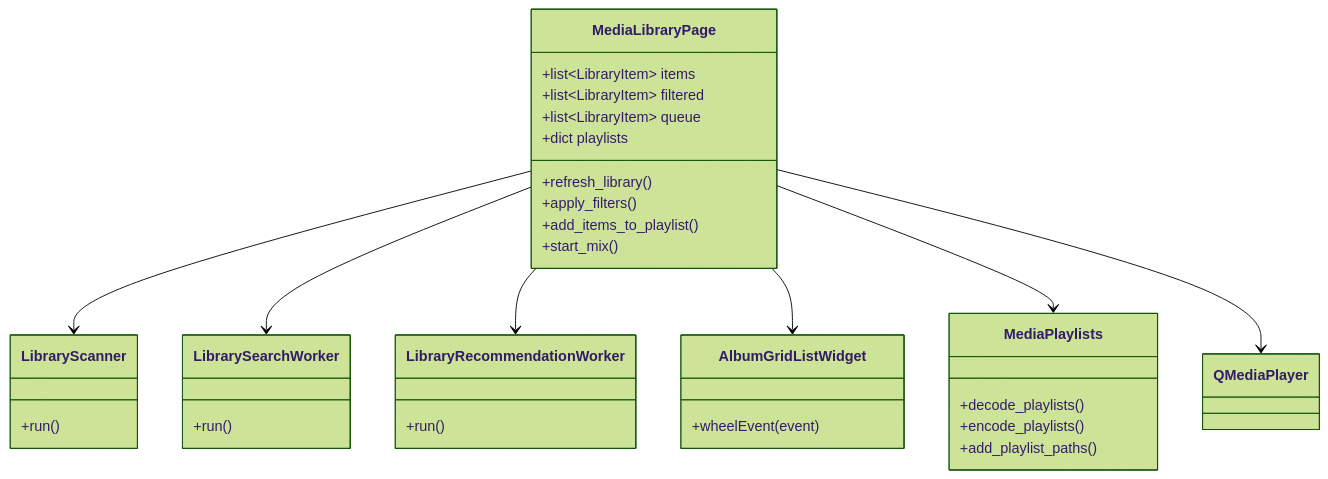
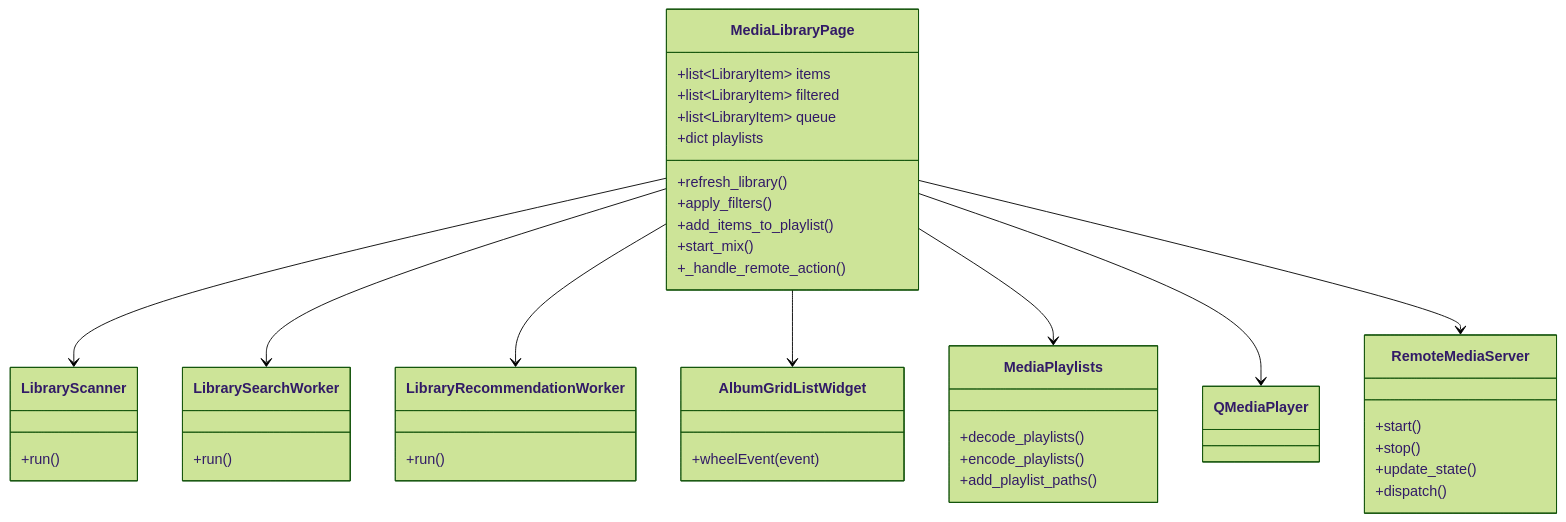
The seventh of 8 diagrams in docs/LOW_LEVEL_DESIGN.md (DhimanGhosh/YouTube_Media_Studio), drawn with Mermaid (forest theme) before and after one commit. The commit also changed other lines of this file and 10 other files, not shown here.

First line of the commit message:
feat: add LAN mobile Media Library

````diff
--- a/docs/LOW_LEVEL_DESIGN.md
+++ b/docs/LOW_LEVEL_DESIGN.md
@@ -270,38 +270,46 @@
 ```mermaid
 classDiagram
     class MediaLibraryPage {
       +list~LibraryItem~ items
       +list~LibraryItem~ filtered
       +list~LibraryItem~ queue
       +dict playlists
       +refresh_library()
       +apply_filters()
       +add_items_to_playlist()
       +start_mix()
+      +_handle_remote_action()
+    }
+    class RemoteMediaServer {
+      +start()
+      +stop()
+      +update_state()
+      +dispatch()
     }
     class LibraryScanner {
       +run()
     }
     class LibrarySearchWorker {
       +run()
     }
     class LibraryRecommendationWorker {
       +run()
     }
     class AlbumGridListWidget {
       +wheelEvent(event)
     }
     class MediaPlaylists {
       +decode_playlists()
       +encode_playlists()
       +add_playlist_paths()
     }
     class QMediaPlayer
 
     MediaLibraryPage --> LibraryScanner
     MediaLibraryPage --> LibrarySearchWorker
     MediaLibraryPage --> LibraryRecommendationWorker
     MediaLibraryPage --> AlbumGridListWidget
     MediaLibraryPage --> MediaPlaylists
     MediaLibraryPage --> QMediaPlayer
+    MediaLibraryPage --> RemoteMediaServer
 ```
````
